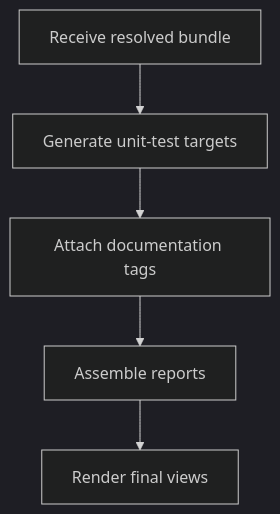
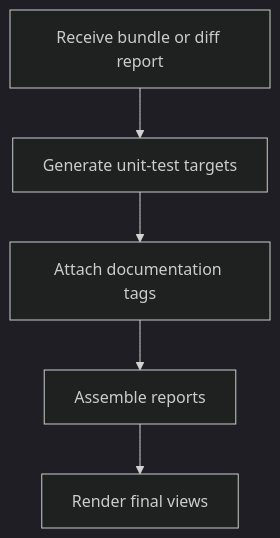
One commit to JohnAndrewBalbarosa/NeoTerritory changed the diagram in docs/Codebase/Microservice/Modules/Source/OutputGeneration/core.cpp.md. Above: the diagram before and after it, drawn with Mermaid (dark theme). The commit also changed other lines of this file and 23 other files, not shown here.

````diff
--- a/docs/Codebase/Microservice/Modules/Source/OutputGeneration/core.cpp.md
+++ b/docs/Codebase/Microservice/Modules/Source/OutputGeneration/core.cpp.md
@@ -19,9 +19,9 @@
 ```mermaid
 flowchart TD
-    N0["Receive resolved bundle"]
+    N0["Receive bundle or diff report"]
     N1["Generate unit-test targets"]
     N2["Attach documentation tags"]
     N3["Assemble reports"]
     N4["Render final views"]
     N0 --> N1 --> N2 --> N3 --> N4
 ```
````
